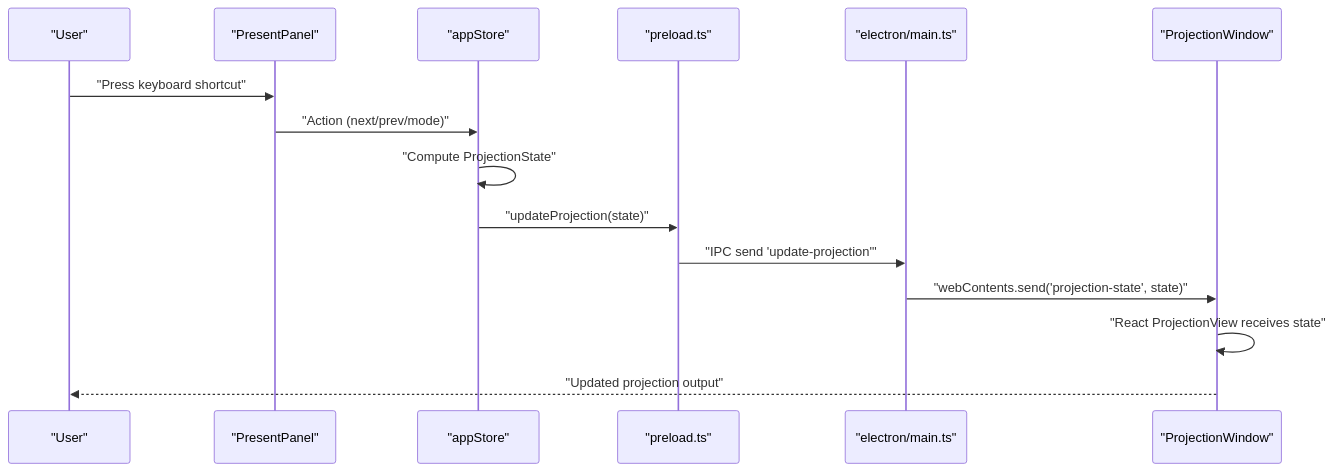
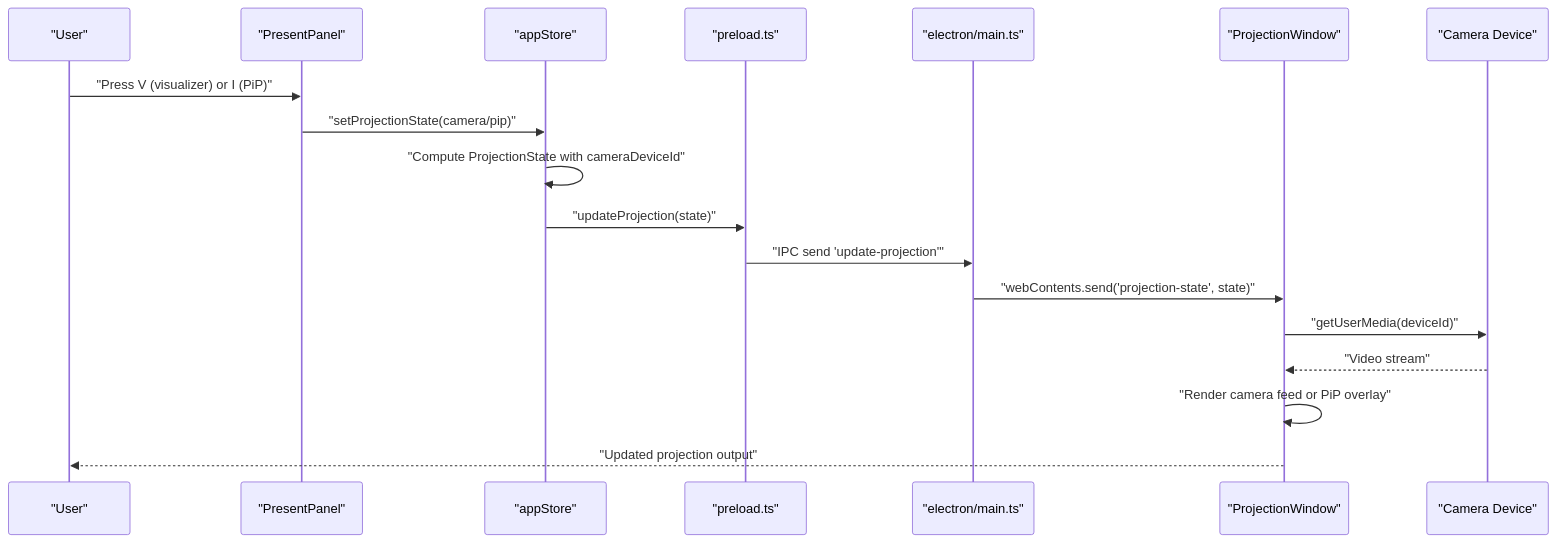
One commit to jimmywyk/lyricdeck changed the second of 8 diagrams in .qoder/repowiki/en/content/Core Features/Live Presentation Engine.md. Above: the diagram before and after it, drawn with Mermaid. The commit also changed other lines of this file and 5 other files, not shown here.

Commit message:
Add Projection View Component

````diff
--- a/.qoder/repowiki/en/content/Core Features/Live Presentation Engine.md
+++ b/.qoder/repowiki/en/content/Core Features/Live Presentation Engine.md
@@ -127,17 +140,20 @@
 ```mermaid
 sequenceDiagram
 participant User as "User"
 participant Panel as "PresentPanel"
 participant Store as "appStore"
 participant Preload as "preload.ts"
 participant Main as "electron/main.ts"
 participant ProjWin as "ProjectionWindow"
-User->>Panel : "Press keyboard shortcut"
-Panel->>Store : "Action (next/prev/mode)"
-Store->>Store : "Compute ProjectionState"
+participant Camera as "Camera Device"
+User->>Panel : "Press V (visualizer) or I (PiP)"
+Panel->>Store : "setProjectionState(camera/pip)"
+Store->>Store : "Compute ProjectionState with cameraDeviceId"
 Store->>Preload : "updateProjection(state)"
 Preload->>Main : "IPC send 'update-projection'"
 Main->>ProjWin : "webContents.send('projection-state', state)"
-ProjWin->>ProjWin : "React ProjectionView receives state"
+ProjWin->>Camera : "getUserMedia(deviceId)"
+Camera-->>ProjWin : "Video stream"
+ProjWin->>ProjWin : "Render camera feed or PiP overlay"
 ProjWin-->>User : "Updated projection output"
 ```
````
